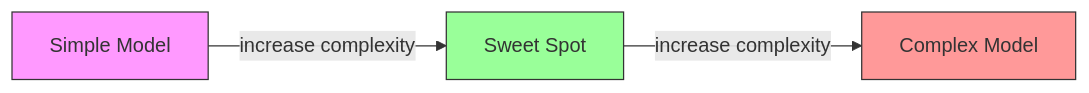
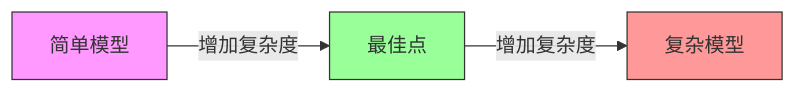
Before and after one commit to guangningsun/ailearning: the first of 5 diagrams in lessons/02-ml-fundamentals/10-bias-variance/docs/zh.md, drawn with Mermaid. The commit also changed other lines of this file and 53 other files, not shown here.

````diff
--- a/lessons/02-ml-fundamentals/10-bias-variance/docs/zh.md
+++ b/lessons/02-ml-fundamentals/10-bias-variance/docs/zh.md
@@ -77,9 +77,9 @@
 ```mermaid
 graph LR
-    A[Simple Model] -->|increase complexity| B[Sweet Spot]
-    B -->|increase complexity| C[Complex Model]
+    A[简单模型] -->|增加复杂度| B[最佳点]
+    B -->|增加复杂度| C[复杂模型]
 
     style A fill:#f9f,stroke:#333
     style B fill:#9f9,stroke:#333
     style C fill:#f99,stroke:#333
 ```
````
